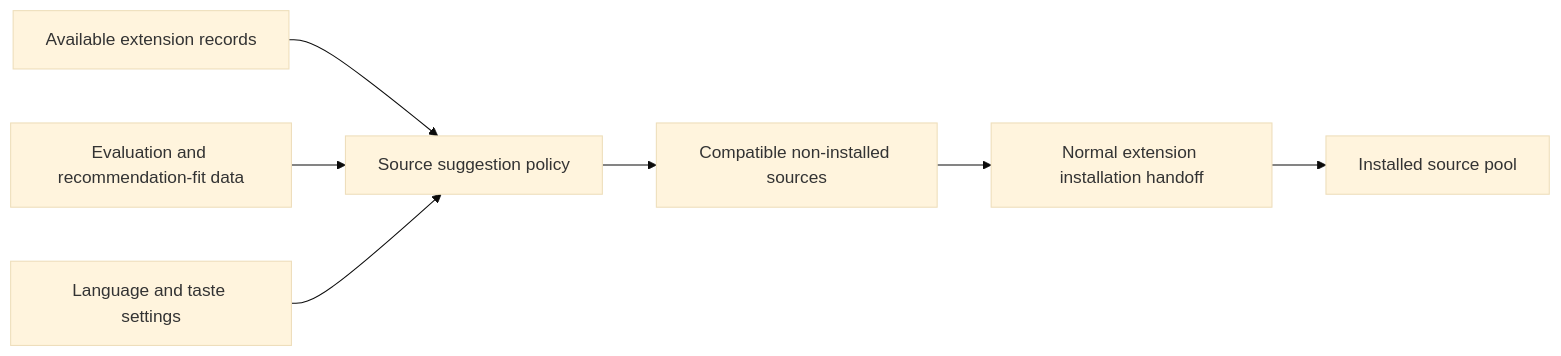
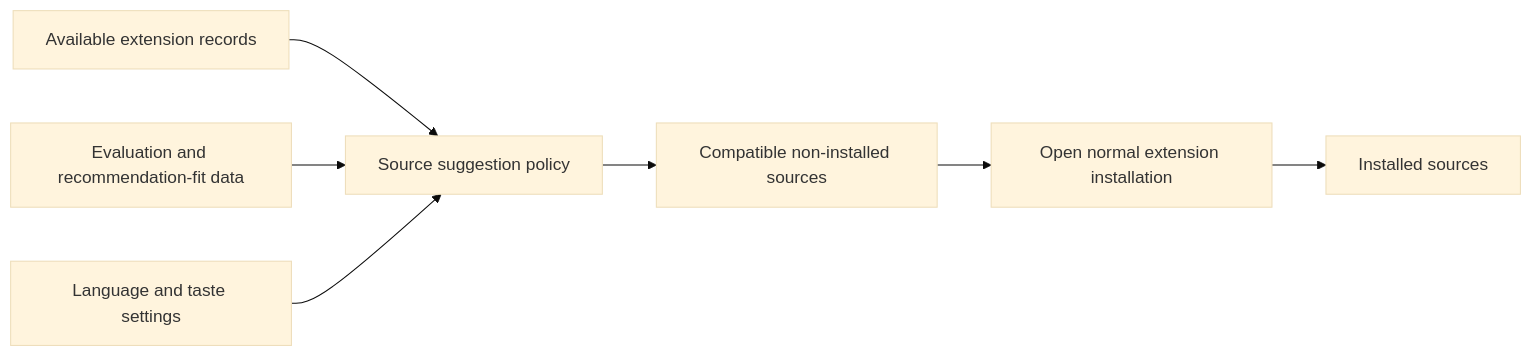
Before and after one commit to FancyCorey/komikku-KMK: the first of 4 diagrams in docs/kmk/diagrams/sources-and-priority.md, drawn with Mermaid (base theme). The commit also changed other lines of this file and 23 other files, not shown here.

````diff
--- a/docs/kmk/diagrams/sources-and-priority.md
+++ b/docs/kmk/diagrams/sources-and-priority.md
@@ -7,9 +7,9 @@
 ```mermaid
 flowchart LR
     Available["Available extension records"] --> Suggestions["Source suggestion policy"]
     Evaluation["Evaluation and recommendation-fit data"] --> Suggestions
     Taste["Language and taste settings"] --> Suggestions
     Suggestions --> List["Compatible non-installed sources"]
-    List --> Handoff["Normal extension installation handoff"]
-    Handoff --> Installed["Installed source pool"]
+    List --> Handoff["Open normal extension installation"]
+    Handoff --> Installed["Installed sources"]
 ```
````
